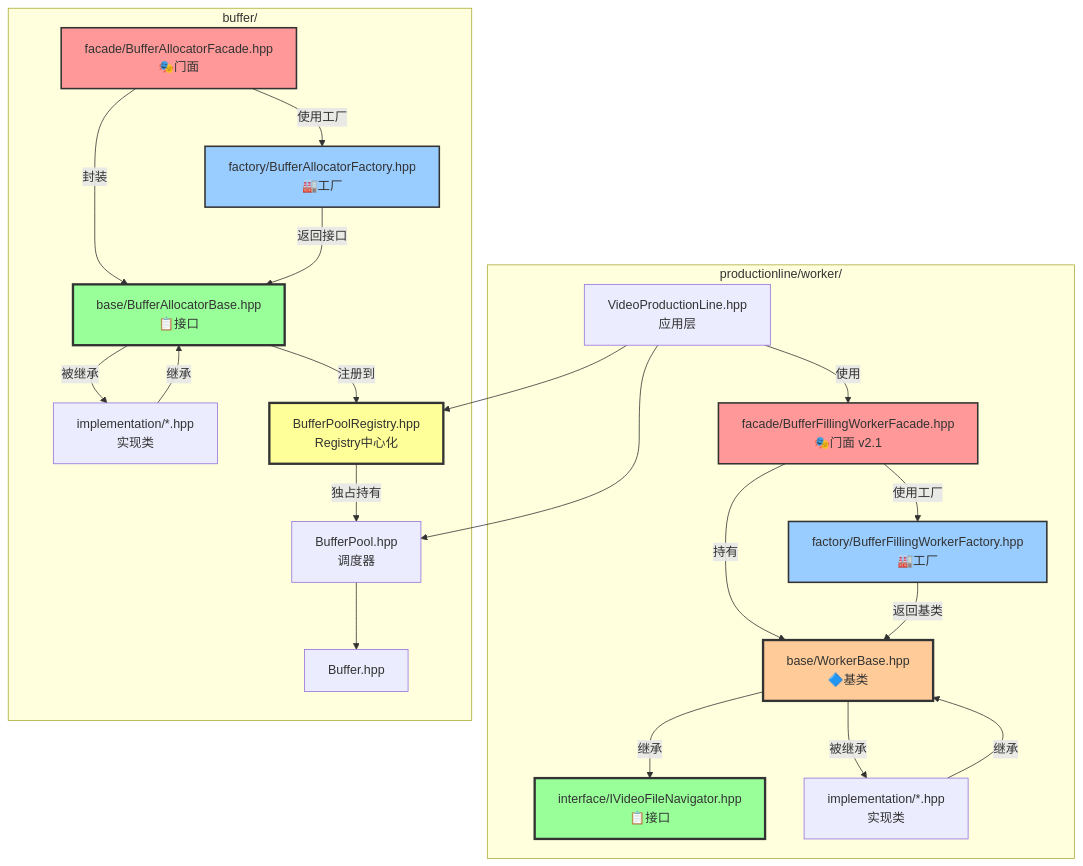
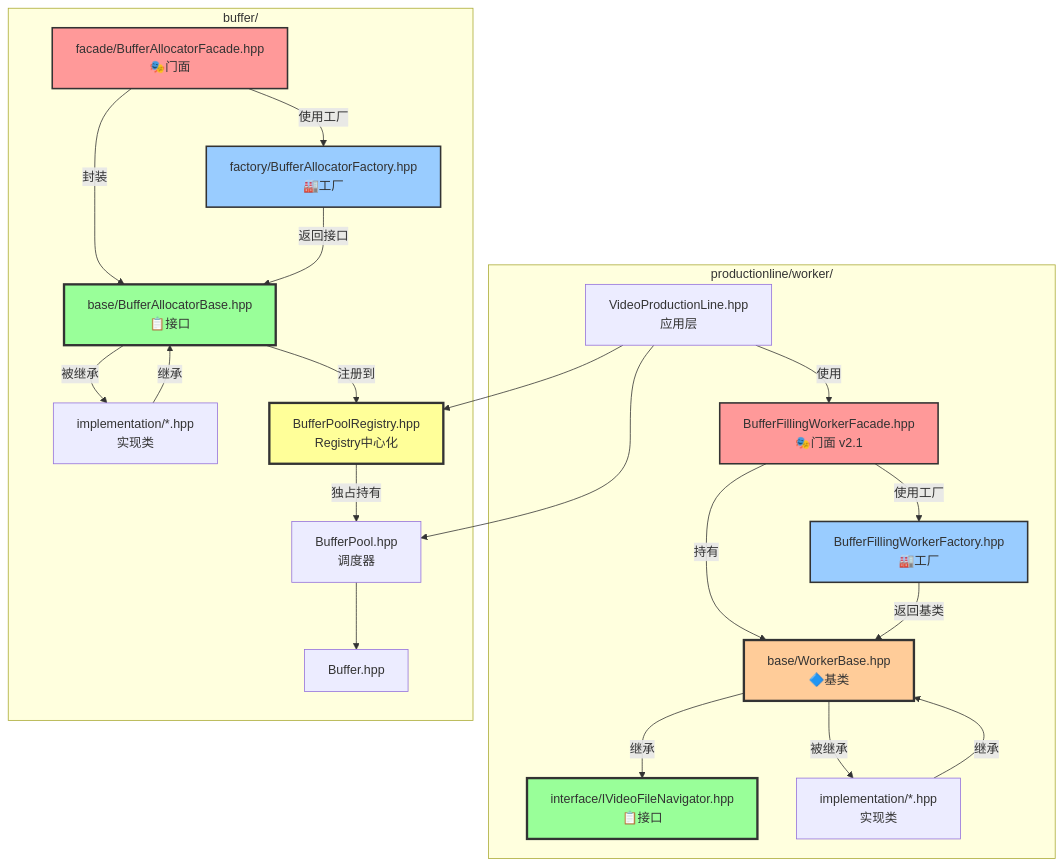
One commit to luoxiafeng-1990/components changed the fifth of 6 diagrams in ARCHITECTURE.md. Above: the diagram before and after it, drawn with Mermaid. The commit also changed 8 other files, not shown here.

First line of the commit message:
refactor: 简化 BufferFillingWorkerFacade 并集成 log4cplus 日志系统

````diff
--- a/ARCHITECTURE.md
+++ b/ARCHITECTURE.md
@@ -1056,53 +1056,53 @@
 ```mermaid
 graph TD
     subgraph "productionline/worker/"
         VPL[VideoProductionLine.hpp<br/>应用层]
-        BFW[facade/BufferFillingWorkerFacade.hpp<br/>🎭门面 v2.1]
-        BFWFactory[factory/BufferFillingWorkerFactory.hpp<br/>🏭工厂]
+        BFW[BufferFillingWorkerFacade.hpp<br/>🎭门面 v2.1]
+        BFWFactory[BufferFillingWorkerFactory.hpp<br/>🏭工厂]
         IVFN[interface/IVideoFileNavigator.hpp<br/>📋接口]
         WB[base/WorkerBase.hpp<br/>🔷基类]
         WorkerImpl[implementation/*.hpp<br/>实现类]
     end
     
     subgraph "buffer/"
         BAF[facade/BufferAllocatorFacade.hpp<br/>🎭门面]
         BAFactory[factory/BufferAllocatorFactory.hpp<br/>🏭工厂]
         BAB[base/BufferAllocatorBase.hpp<br/>📋接口]
         AllocatorImpl[implementation/*.hpp<br/>实现类]
     end
     
     subgraph "buffer/"
         BP[BufferPool.hpp<br/>调度器]
         BPR[BufferPoolRegistry.hpp<br/>Registry中心化]
         B[Buffer.hpp]
     end
     
     VPL -->|使用| BFW
     VPL --> BP
     VPL --> BPR
     BFW -->|持有| WB
     BFW -->|使用工厂| BFWFactory
     BFWFactory -->|返回基类| WB
     WB -->|继承| IVFN
     WB -->|被继承| WorkerImpl
     WorkerImpl -->|继承| WB
     
     BAF -->|封装| BAB
     BAF -->|使用工厂| BAFactory
     BAFactory -->|返回接口| BAB
     BAB -->|被继承| AllocatorImpl
     AllocatorImpl -->|继承| BAB
     
     BAB -->|注册到| BPR
     BPR -->|独占持有| BP
     BP --> B
     
     style IVFN fill:#99ff99,stroke:#333,stroke-width:3px
     style BAB fill:#99ff99,stroke:#333,stroke-width:3px
     style WB fill:#ffcc99,stroke:#333,stroke-width:3px
     style BFW fill:#ff9999,stroke:#333,stroke-width:2px
     style BAF fill:#ff9999,stroke:#333,stroke-width:2px
     style BFWFactory fill:#99ccff,stroke:#333,stroke-width:2px
     style BAFactory fill:#99ccff,stroke:#333,stroke-width:2px
     style BPR fill:#ffff99,stroke:#333,stroke-width:3px
 ```
````
